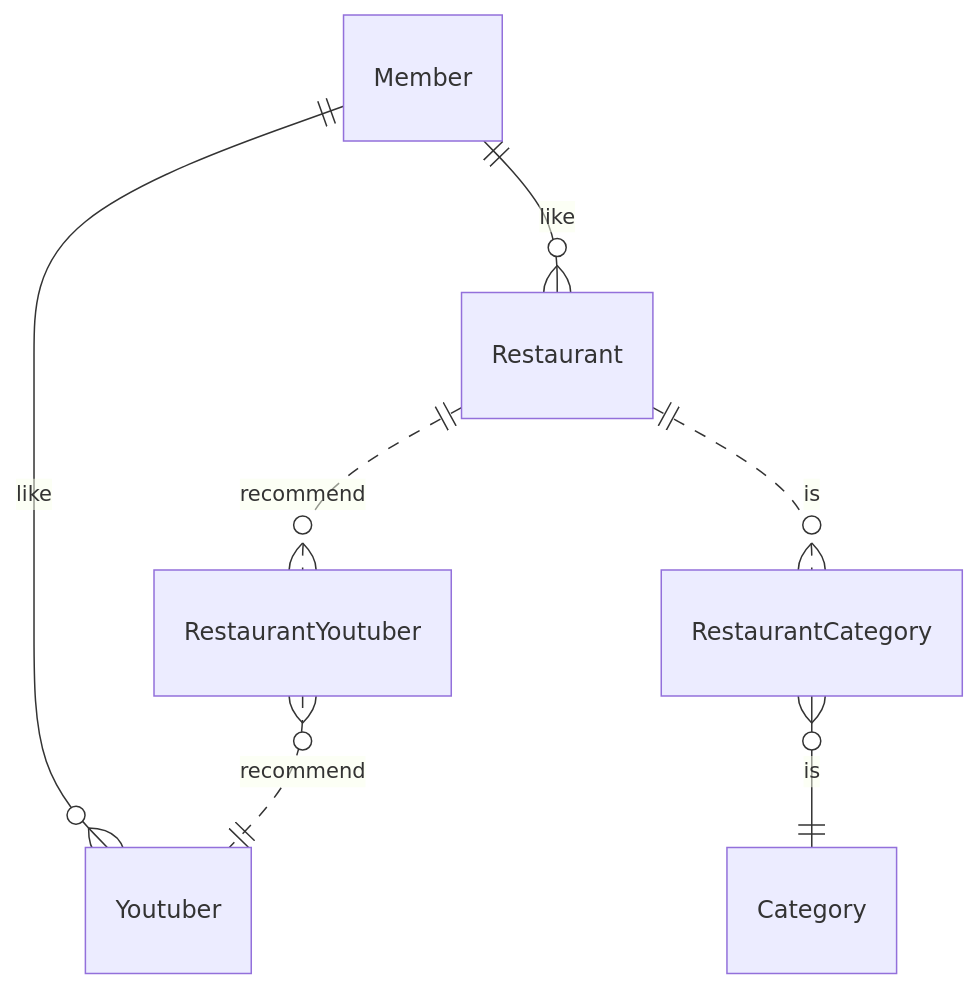
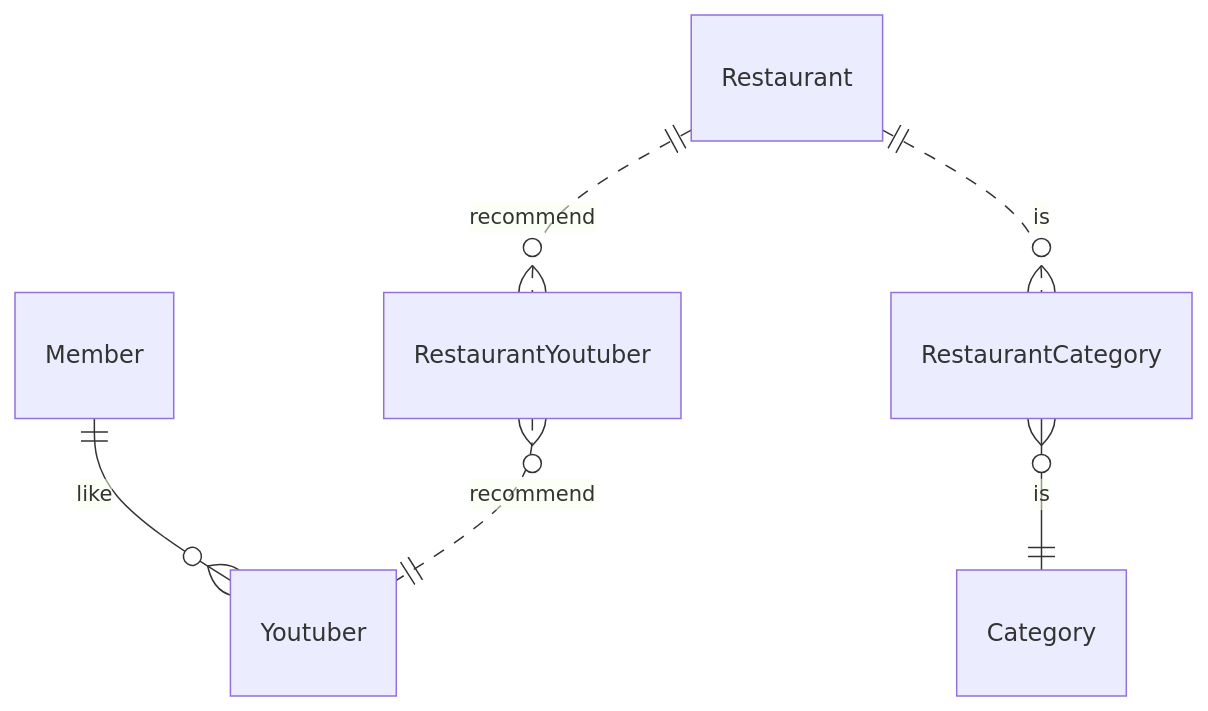
The second of 2 diagrams in README.md (jhyuk316/MapZip), drawn with Mermaid before and after one commit. The commit also changed other lines of this file and 3 other files, not shown here.

````diff
--- a/README.md
+++ b/README.md
@@ -83,9 +106,8 @@
 ```mermaid
 erDiagram
-    Member ||--o{ Restaurant:like
     Member ||--o{ Youtuber:like
     Restaurant ||..o{ RestaurantYoutuber:recommend
     RestaurantYoutuber }o..|| Youtuber:recommend
     Restaurant ||..o{ RestaurantCategory:is
     RestaurantCategory }o--|| Category:is
 ```
````
